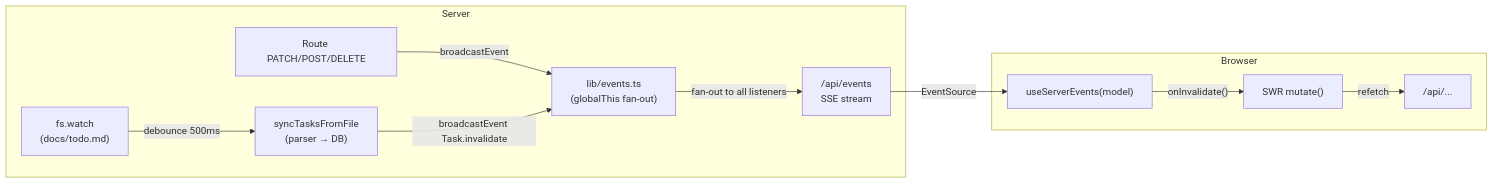
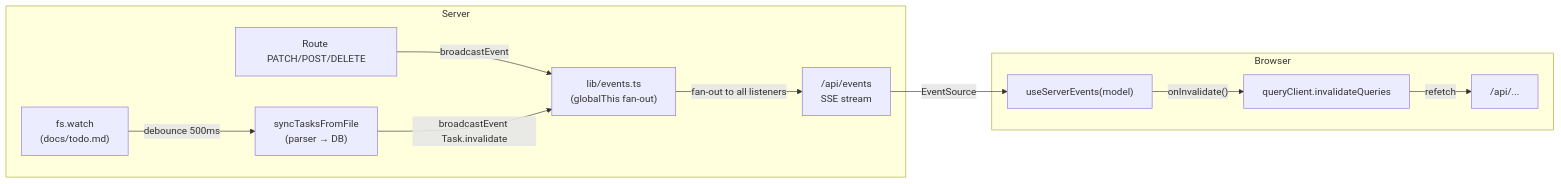
One commit to salsquared/mission-control changed the second of 10 diagrams in docs/architecture.md. Above: the diagram before and after it, drawn with Mermaid. The commit also changed other lines of this file, not shown here.

First line of the commit message:
docs: refresh architecture.md to reflect MVP2 state

````diff
--- a/docs/architecture.md
+++ b/docs/architecture.md
@@ -438,14 +474,14 @@
 ```mermaid
 graph LR
     subgraph Server
         A["Route PATCH/POST/DELETE"] -->|broadcastEvent| B["lib/events.ts<br/>(globalThis fan-out)"]
         W["fs.watch<br/>(docs/todo.md)"] -->|debounce 500ms| P["syncTasksFromFile<br/>(parser → DB)"]
         P -->|broadcastEvent Task.invalidate| B
         B -->|fan-out to all listeners| SSE["/api/events<br/>SSE stream"]
     end
     subgraph Browser
         SSE -->|EventSource| H["useServerEvents(model)"]
-        H -->|"onInvalidate()"| M["SWR mutate()"]
+        H -->|"onInvalidate()"| M["queryClient.invalidateQueries"]
         M -->|refetch| API["/api/..."]
     end
 ```
````
